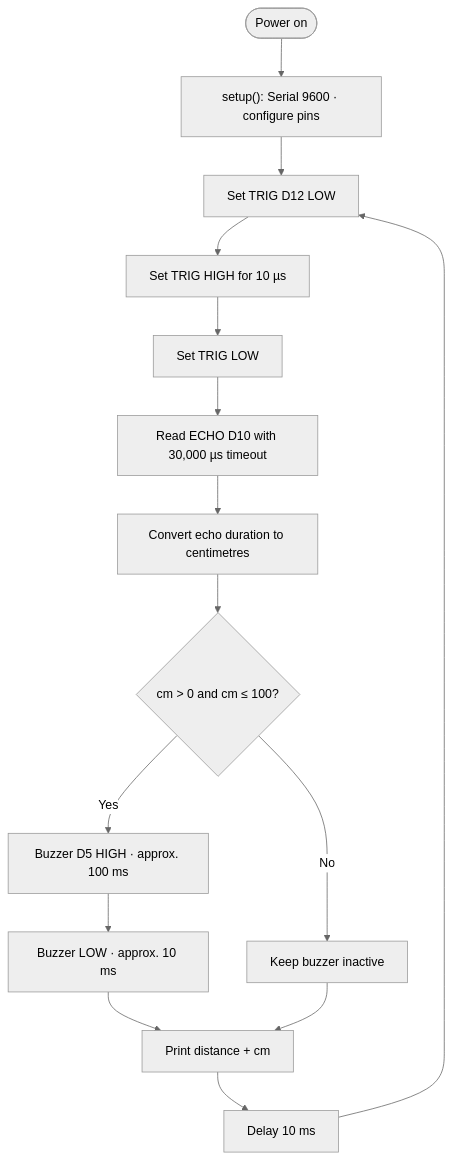
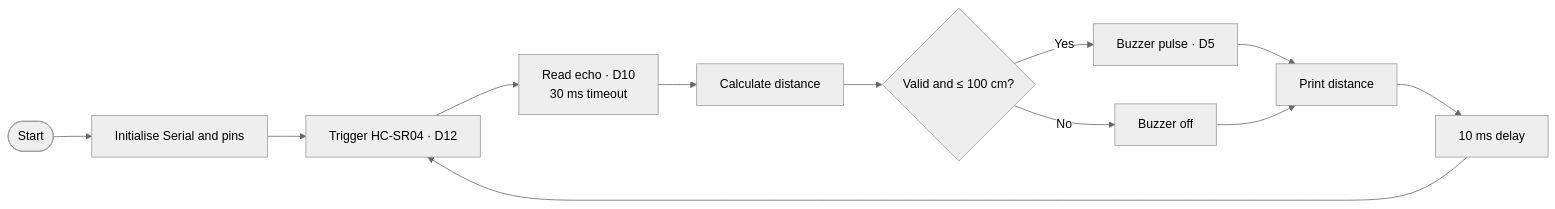
Before and after one commit to Supriyo016/Arduino-Uno-Third-Hand-Eye-Project-for-Visually-Impaired-Individuals: the second of 2 diagrams in README.md, drawn with Mermaid (neutral theme).

Commit message:
docs: simplify firmware flow into horizontal diagram

````diff
--- a/README.md
+++ b/README.md
@@ -129,17 +129,14 @@
 ```mermaid
-flowchart TD
-    A([Power on]) --> B["setup(): Serial 9600 · configure pins"]
-    B --> C["Set TRIG D12 LOW"]
-    C --> D["Set TRIG HIGH for 10 µs"]
-    D --> E["Set TRIG LOW"]
-    E --> F["Read ECHO D10 with 30,000 µs timeout"]
-    F --> G["Convert echo duration to centimetres"]
-    G --> H{"cm > 0 and cm ≤ 100?"}
-    H -- Yes --> I["Buzzer D5 HIGH · approx. 100 ms"]
-    I --> J["Buzzer LOW · approx. 10 ms"]
-    H -- No --> K["Keep buzzer inactive"]
-    J --> L["Print distance + cm"]
-    K --> L
-    L --> M["Delay 10 ms"]
-    M --> C
+flowchart LR
+    A([Start]) --> B["Initialise Serial and pins"]
+    B --> C["Trigger HC-SR04 · D12"]
+    C --> D["Read echo · D10<br/>30 ms timeout"]
+    D --> E["Calculate distance"]
+    E --> F{"Valid and ≤ 100 cm?"}
+    F -- Yes --> G["Buzzer pulse · D5"]
+    F -- No --> H["Buzzer off"]
+    G --> I["Print distance"]
+    H --> I
+    I --> J["10 ms delay"]
+    J --> C
 ```
````
